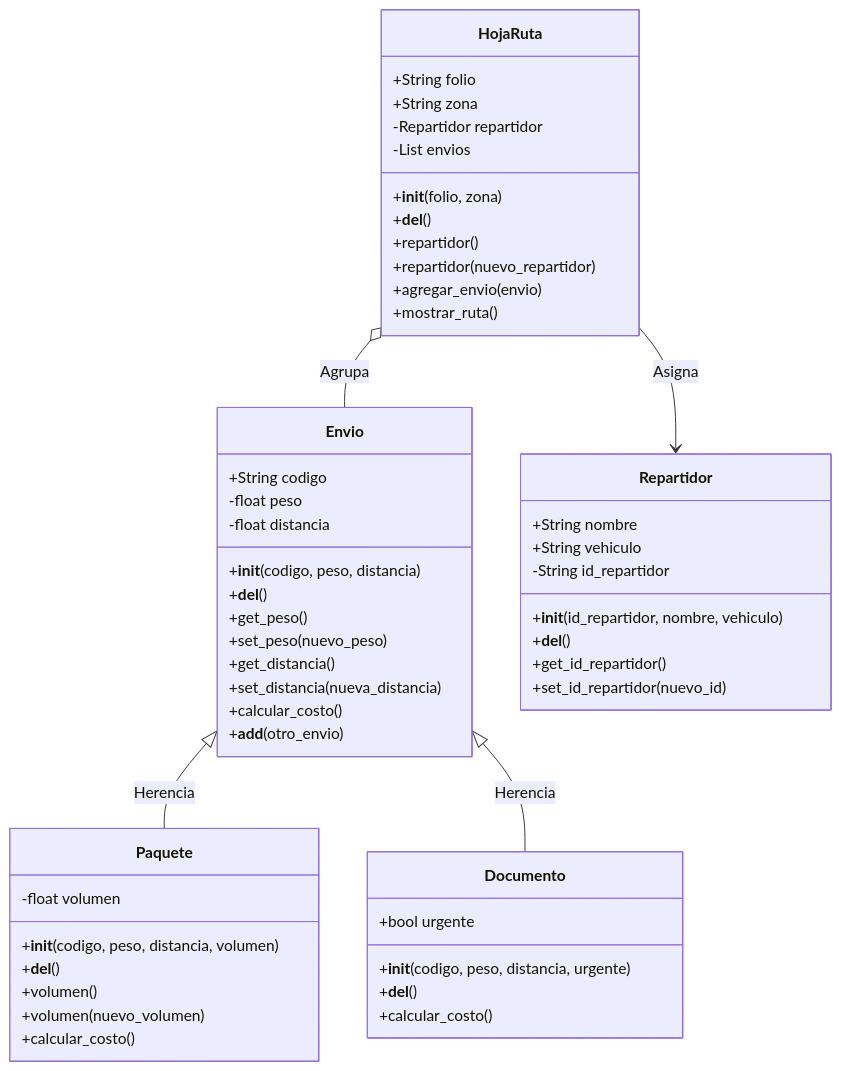
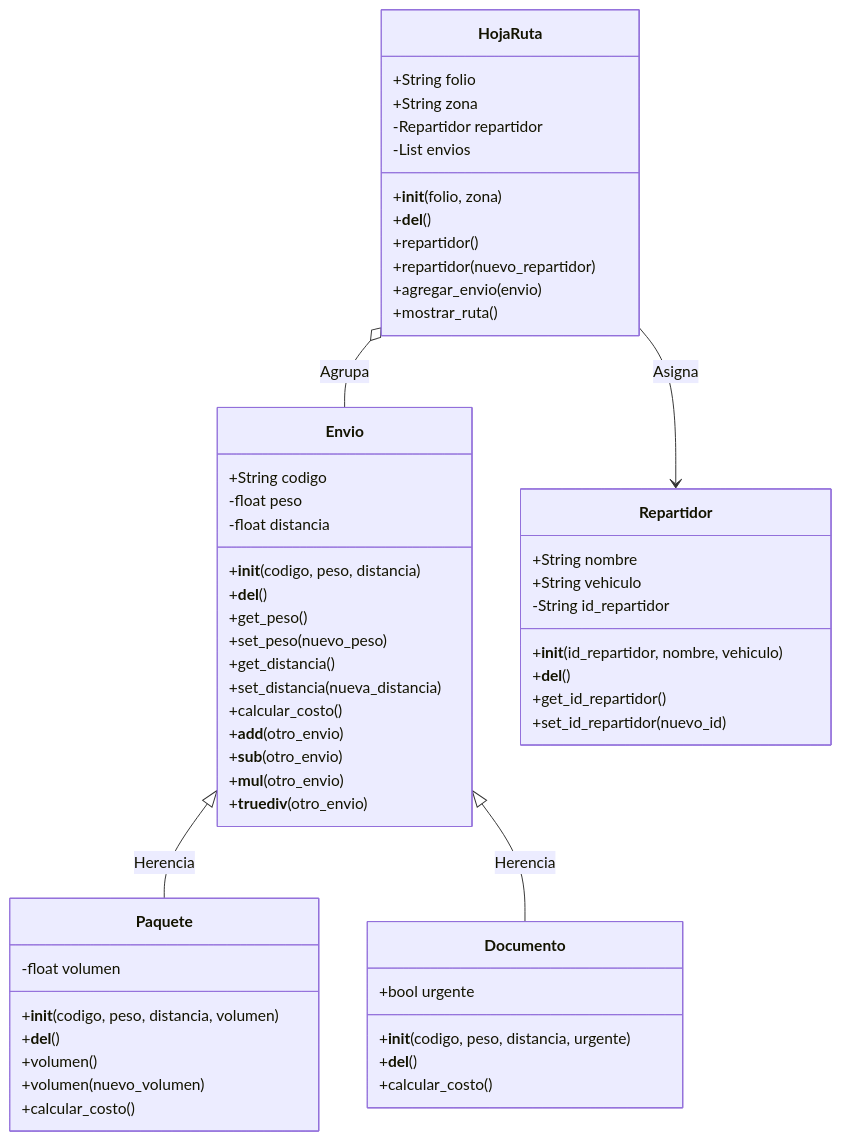
One commit to A-Catzin/DESARROLLO-Y-PROGRAMACI-N-ORIENTADO-A-OBJETOS-27-1 changed the second of 2 diagrams in proyecto/documentos/Analisis_y_Diseno_Riviera_Express.md. Above: the diagram before and after it, drawn with Mermaid. The commit also changed other lines of this file and 12 other files, not shown here.

````diff
--- a/proyecto/documentos/Analisis_y_Diseno_Riviera_Express.md
+++ b/proyecto/documentos/Analisis_y_Diseno_Riviera_Express.md
@@ -55,62 +55,65 @@
 ```mermaid
 classDiagram
     direction TB
 
     class Envio {
         +String codigo
         -float peso
         -float distancia
         +__init__(codigo, peso, distancia)
         +__del__()
         +get_peso()
         +set_peso(nuevo_peso)
         +get_distancia()
         +set_distancia(nueva_distancia)
         +calcular_costo()
         +__add__(otro_envio)
+        +__sub__(otro_envio)
+        +__mul__(otro_envio)
+        +__truediv__(otro_envio)
     }
 
     class Paquete {
         -float volumen
         +__init__(codigo, peso, distancia, volumen)
         +__del__()
         +volumen()
         +volumen(nuevo_volumen)
         +calcular_costo()
     }
 
     class Documento {
         +bool urgente
         +__init__(codigo, peso, distancia, urgente)
         +__del__()
         +calcular_costo()
     }
 
     class Repartidor {
         +String nombre
         +String vehiculo
         -String id_repartidor
         +__init__(id_repartidor, nombre, vehiculo)
         +__del__()
         +get_id_repartidor()
         +set_id_repartidor(nuevo_id)
     }
 
     class HojaRuta {
         +String folio
         +String zona
         -Repartidor repartidor
         -List envios
         +__init__(folio, zona)
         +__del__()
         +repartidor()
         +repartidor(nuevo_repartidor)
         +agregar_envio(envio)
         +mostrar_ruta()
     }
 
     Envio <|-- Paquete : Herencia
     Envio <|-- Documento : Herencia
     HojaRuta o-- Envio : Agrupa
     HojaRuta --> Repartidor : Asigna
 ```
````
